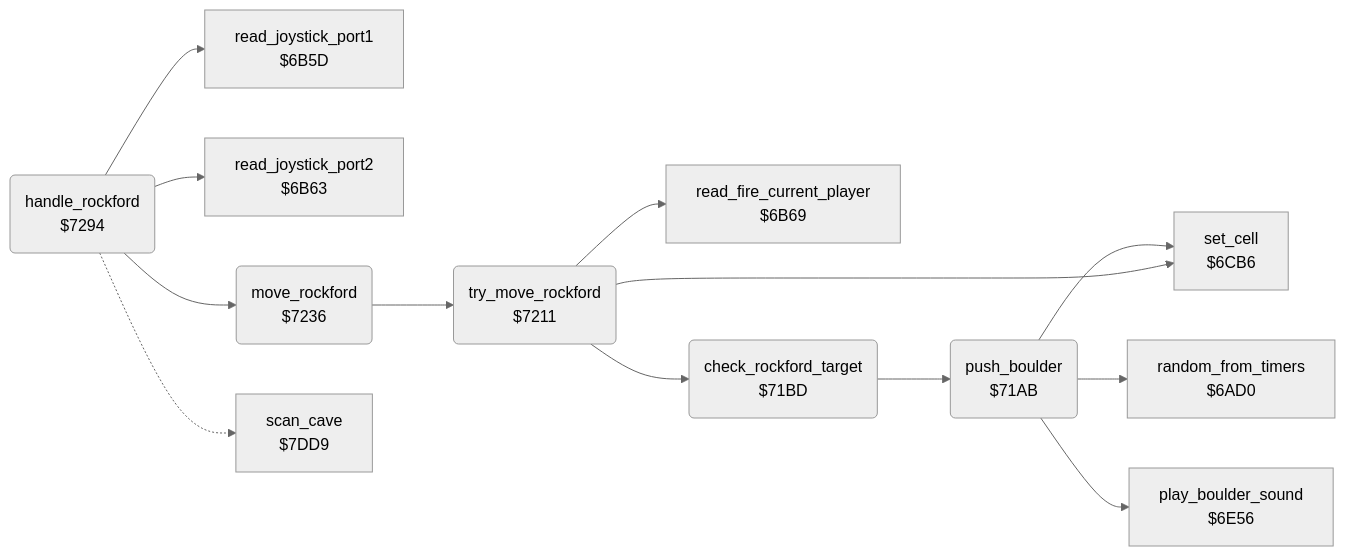
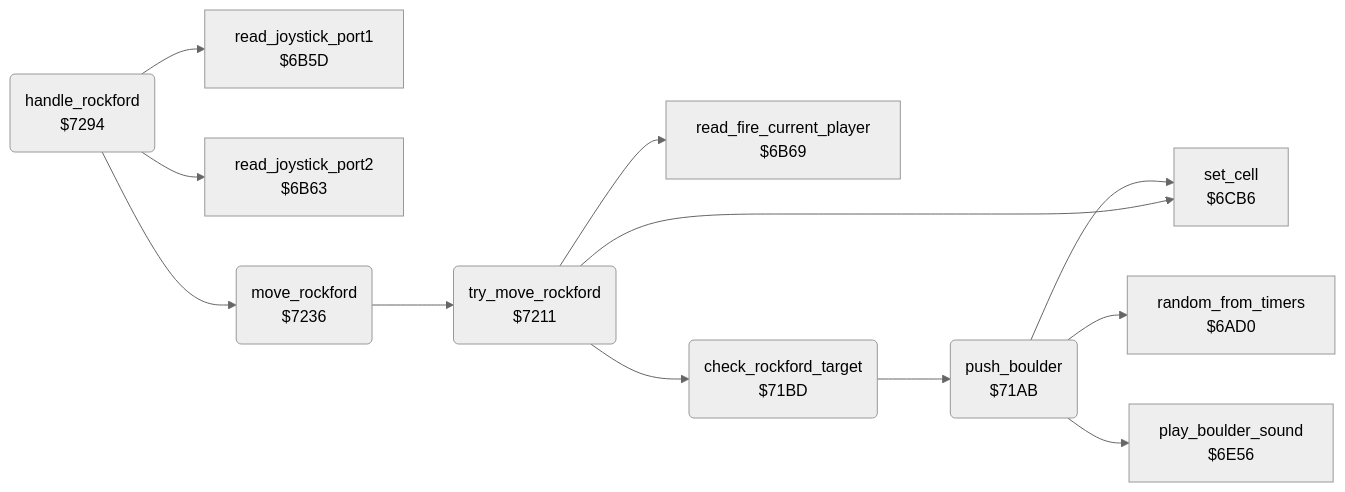
The diagram in boulder_dash/v1/docs/reference/modules/rockford/movement.md (henols/c64_games), drawn with Mermaid (neutral theme) before and after one commit. The commit also changed other lines of this file and 1100 other files, not shown here.

````diff
--- a/boulder_dash/v1/docs/reference/modules/rockford/movement.md
+++ b/boulder_dash/v1/docs/reference/modules/rockford/movement.md
@@ -10,27 +20,25 @@
 ```mermaid
 flowchart LR
   n6ad0["random_from_timers<br/>$6AD0"]
   n6b5d["read_joystick_port1<br/>$6B5D"]
   n6b63["read_joystick_port2<br/>$6B63"]
   n6b69["read_fire_current_player<br/>$6B69"]
   n6cb6["set_cell<br/>$6CB6"]
   n6e56["play_boulder_sound<br/>$6E56"]
   n71ab("push_boulder<br/>$71AB")
   n71bd("check_rockford_target<br/>$71BD")
   n7211("try_move_rockford<br/>$7211")
   n7236("move_rockford<br/>$7236")
   n7294("handle_rockford<br/>$7294")
-  n7dd9["scan_cave<br/>$7DD9"]
   n71ab --> n6ad0
   n71ab --> n6cb6
   n71ab --> n6e56
   n71bd --> n71ab
   n7211 --> n6b69
   n7211 --> n6cb6
   n7211 --> n71bd
   n7236 --> n7211
   n7294 --> n6b5d
   n7294 --> n6b63
   n7294 --> n7236
-  n7294 -.-> n7dd9
 ```
````
